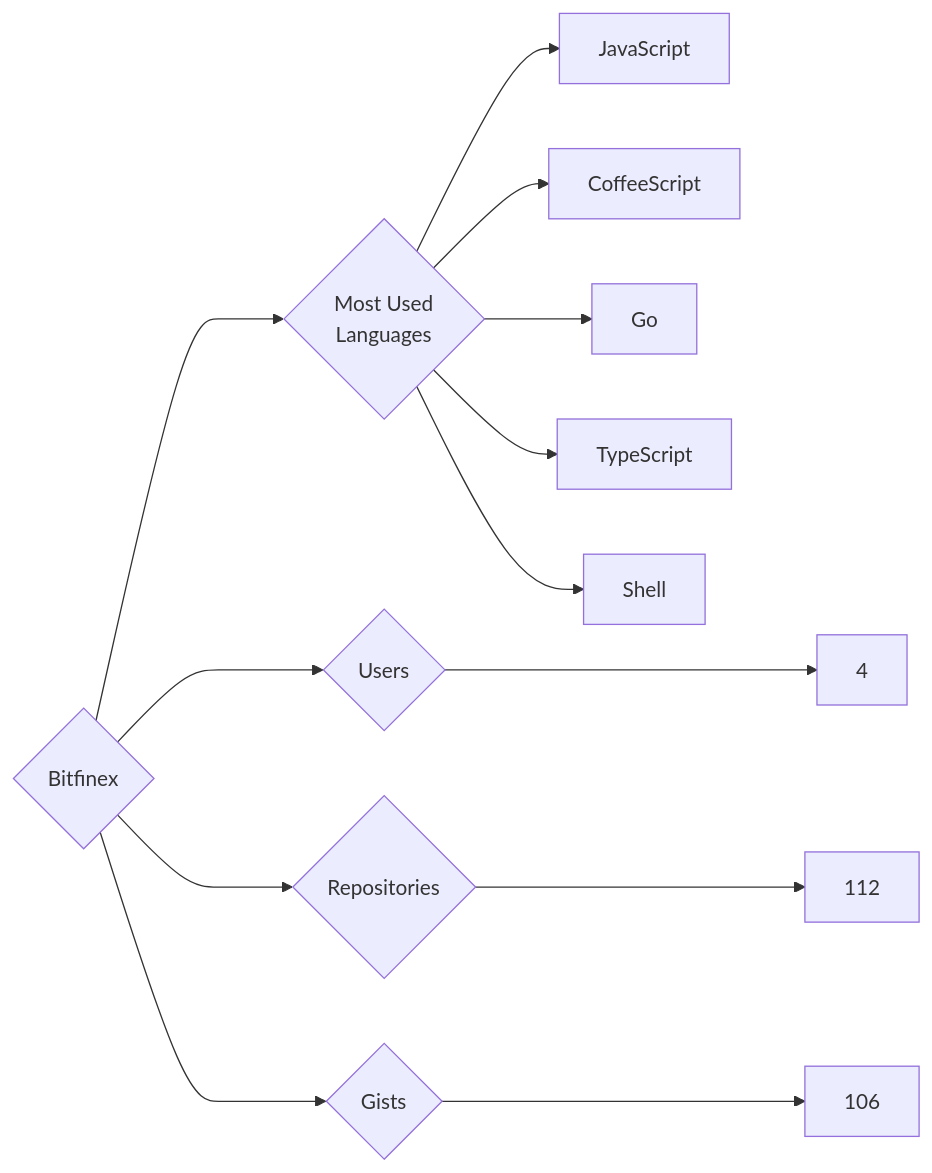
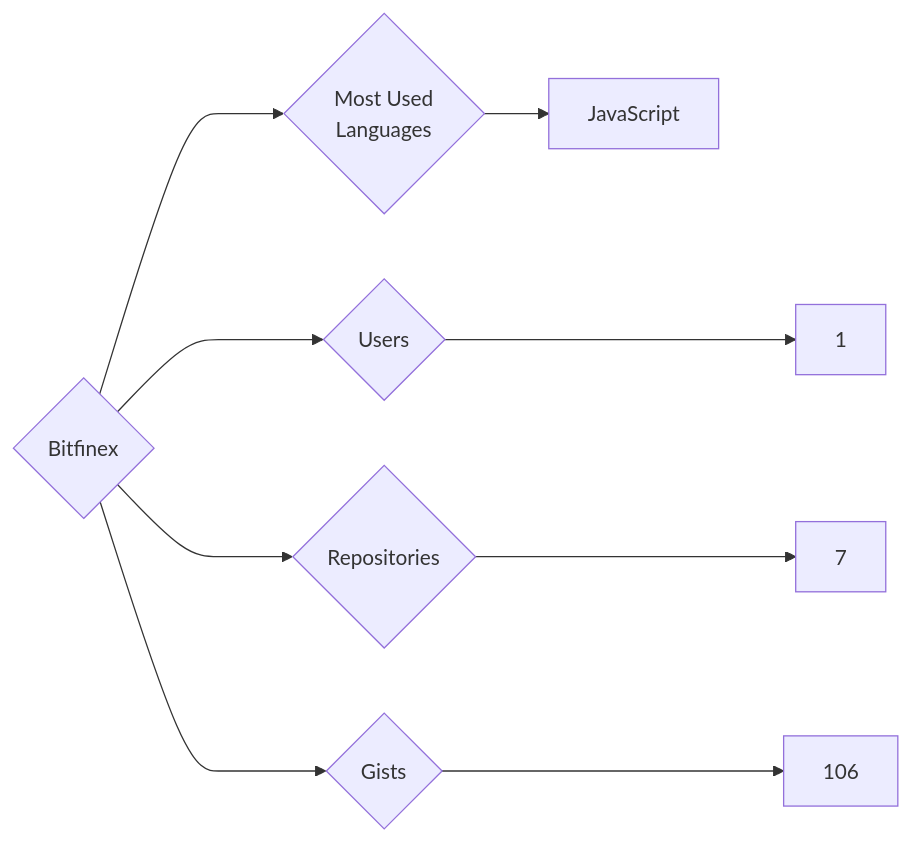
The diagram in targets/Bitfinex/README.md (trickest/insiders), drawn with Mermaid before and after one commit. The commit also changed 1089 other files, not shown here.

````diff
--- a/targets/Bitfinex/README.md
+++ b/targets/Bitfinex/README.md
@@ -3,13 +3,9 @@
 ```mermaid
 graph LR
 COMPANY_NAME{Bitfinex}
-COMPANY_NAME ---> U{Users} ---> UN[4]
-COMPANY_NAME ---> R{Repositories} ---> RN[112]
+COMPANY_NAME ---> U{Users} ---> UN[1]
+COMPANY_NAME ---> R{Repositories} ---> RN[7]
 COMPANY_NAME ---> G{Gists} ---> GN[106]
 COMPANY_NAME ---> ML{Most Used<br>Languages}
 ML --> JavaScript[JavaScript]
-ML --> CoffeeScript[CoffeeScript]
-ML --> Go[Go]
-ML --> TypeScript[TypeScript]
-ML --> Shell[Shell]
 ```
````
